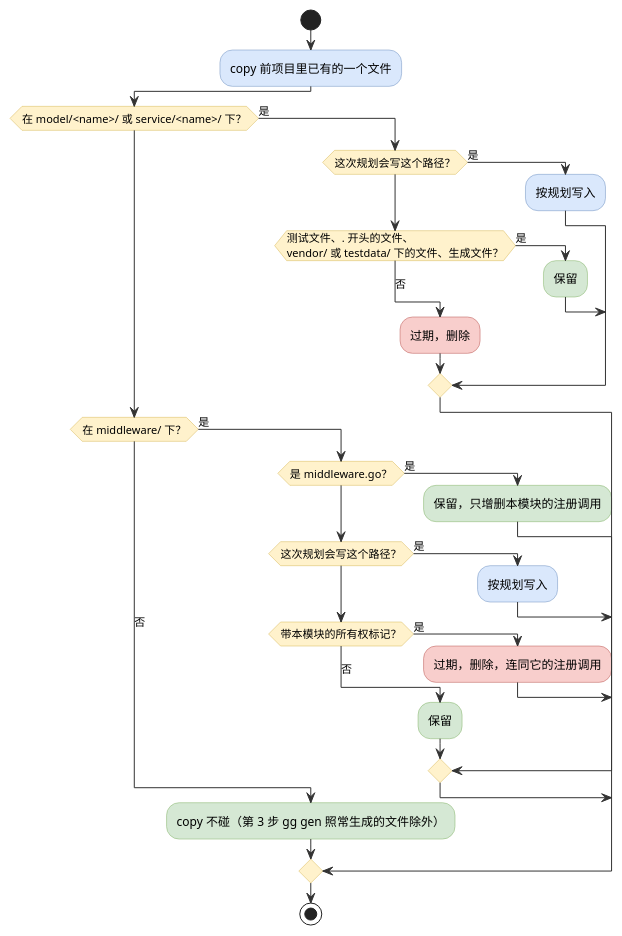
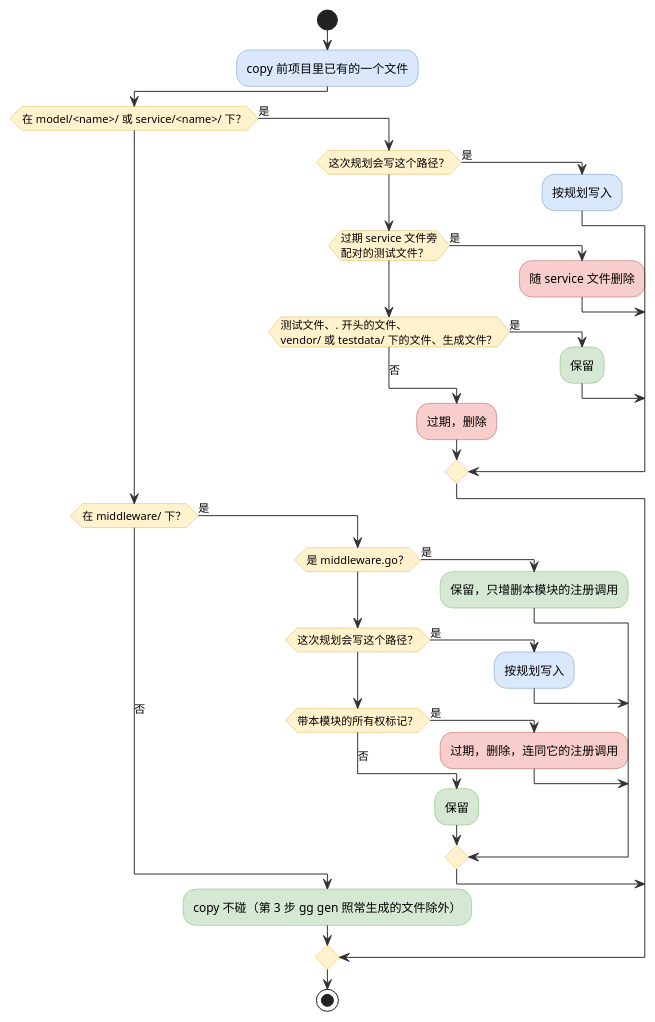
The second of 2 diagrams in cmd/gg/MODULE.md (hydroan/gst), drawn with PlantUML before and after one commit. The commit also changed other lines of this file and 14 other files, not shown here.

````diff
--- a/cmd/gg/MODULE.md
+++ b/cmd/gg/MODULE.md
@@ -267,42 +269,45 @@
 ```plantuml
 @startuml
 !pragma useVerticalIf on
 skinparam activity {
   BackgroundColor #dae8fc
   BorderColor #6c8ebf
   ArrowColor #333333
   DiamondBackgroundColor #fff2cc
   DiamondBorderColor #d6b656
   BackgroundColor<<keep>> #d5e8d4
   BorderColor<<keep>> #82b366
   BackgroundColor<<delete>> #f8cecc
   BorderColor<<delete>> #b85450
 }
 
 start
 :copy 前项目里已有的一个文件;
 if (在 model/<name>/ 或 service/<name>/ 下？) then (是)
   if (这次规划会写这个路径？) then (是)
     :按规划写入;
+  elseif (过期 service 文件旁
+配对的测试文件？) then (是)
+    :随 service 文件删除; <<delete>>
   elseif (测试文件、. 开头的文件、
 vendor/ 或 testdata/ 下的文件、生成文件？) then (是)
     :保留; <<keep>>
   else (否)
     :过期，删除; <<delete>>
   endif
 elseif (在 middleware/ 下？) then (是)
   if (是 middleware.go？) then (是)
     :保留，只增删本模块的注册调用; <<keep>>
   elseif (这次规划会写这个路径？) then (是)
     :按规划写入;
   elseif (带本模块的所有权标记？) then (是)
     :过期，删除，连同它的注册调用; <<delete>>
   else (否)
     :保留; <<keep>>
   endif
 else (否)
   :copy 不碰（第 3 步 gg gen 照常生成的文件除外）; <<keep>>
 endif
 stop
 @enduml
 ```
````
